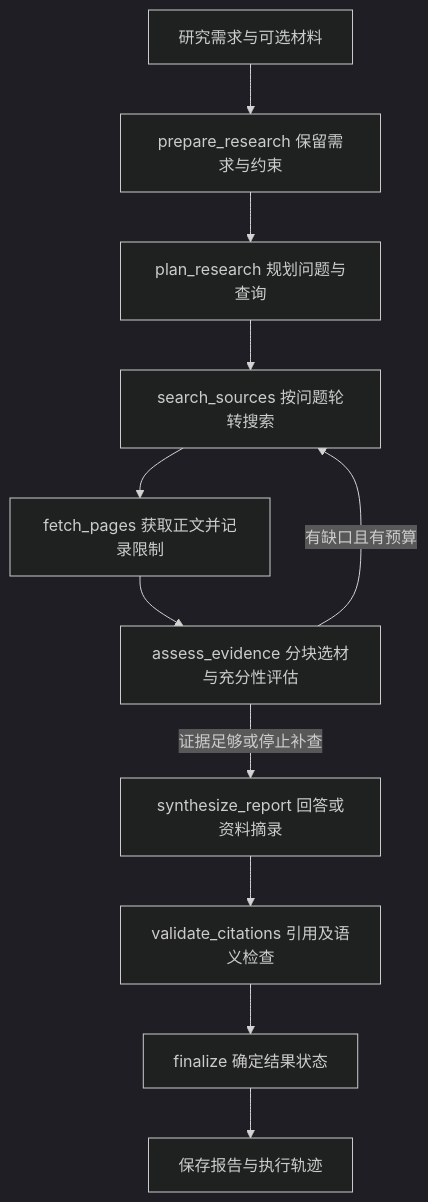
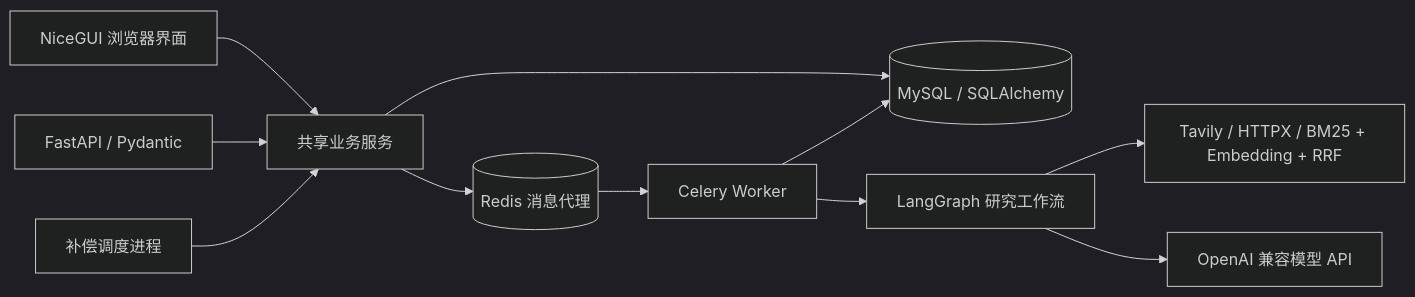
One commit to IamJUNK/AgentScout changed the diagram in README.md. Above: the diagram before and after it, drawn with Mermaid (dark theme). The commit also changed other lines of this file and 90 other files, not shown here.

First line of the commit message:
Upgrade AgentScout to MySQL-backed asynchronous research service

````diff
--- a/README.md
+++ b/README.md
@@ -169,13 +19,13 @@
-~~~mermaid
-flowchart TD
-    IN[研究需求与可选材料] --> A[prepare_research 保留需求与约束]
-    A --> B[plan_research 规划问题与查询]
-    B --> C[search_sources 按问题轮转搜索]
-    C --> D[fetch_pages 获取正文并记录限制]
-    D --> E[assess_evidence 分块选材与充分性评估]
-    E -->|有缺口且有预算| C
-    E -->|证据足够或停止补查| F[synthesize_report 回答或资料摘录]
-    F --> G[validate_citations 引用及语义检查]
-    G --> H[finalize 确定结果状态]
-    H --> OUT[保存报告与执行轨迹]
-~~~
+```mermaid
+flowchart LR
+    UI[NiceGUI 浏览器界面] --> S[共享业务服务]
+    API[FastAPI / Pydantic] --> S
+    S --> DB[(MySQL / SQLAlchemy)]
+    S --> R[(Redis 消息代理)]
+    R --> W[Celery Worker]
+    W --> G[LangGraph 研究工作流]
+    G --> E[Tavily / HTTPX / BM25 + Embedding + RRF]
+    G --> M[OpenAI 兼容模型 API]
+    W --> DB
+    C[补偿调度进程] --> S
+```
````
